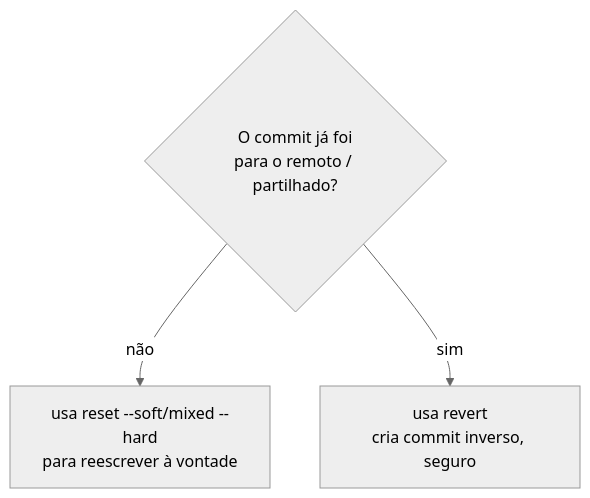
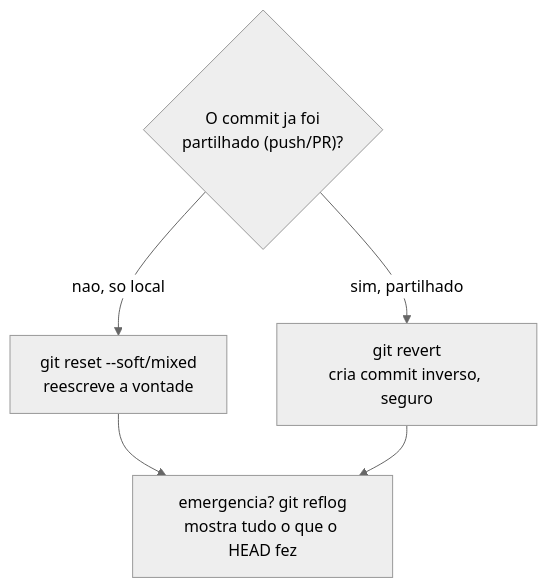
The first of 2 diagrams in 09-Git-Avancado/01-reset-revert-reflog.md (BerniloBernardo-boot/Git-e-GitHub), drawn with Mermaid (neutral theme) before and after one commit. The commit also changed other lines of this file and 27 other files, not shown here.

````diff
--- a/09-Git-Avancado/01-reset-revert-reflog.md
+++ b/09-Git-Avancado/01-reset-revert-reflog.md
@@ -7,5 +8,7 @@
 ```mermaid
 flowchart TD
-    Q{O commit já foi\npara o remoto / partilhado?} -->|não| R[usa reset --soft/mixed --hard\npara reescrever à vontade]
-    Q -->|sim| V[usa revert\ncria commit inverso, seguro]
+    Q{"O commit ja foi\npartilhado (push/PR)?"} -->|nao, so local| R["git reset --soft/mixed<br/>reescreve a vontade"]
+    Q -->|sim, partilhado| V["git revert<br/>cria commit inverso, seguro"]
+    R --> G["emergencia? git reflog<br/>mostra tudo o que o HEAD fez"]
+    V --> G
 ```
````
